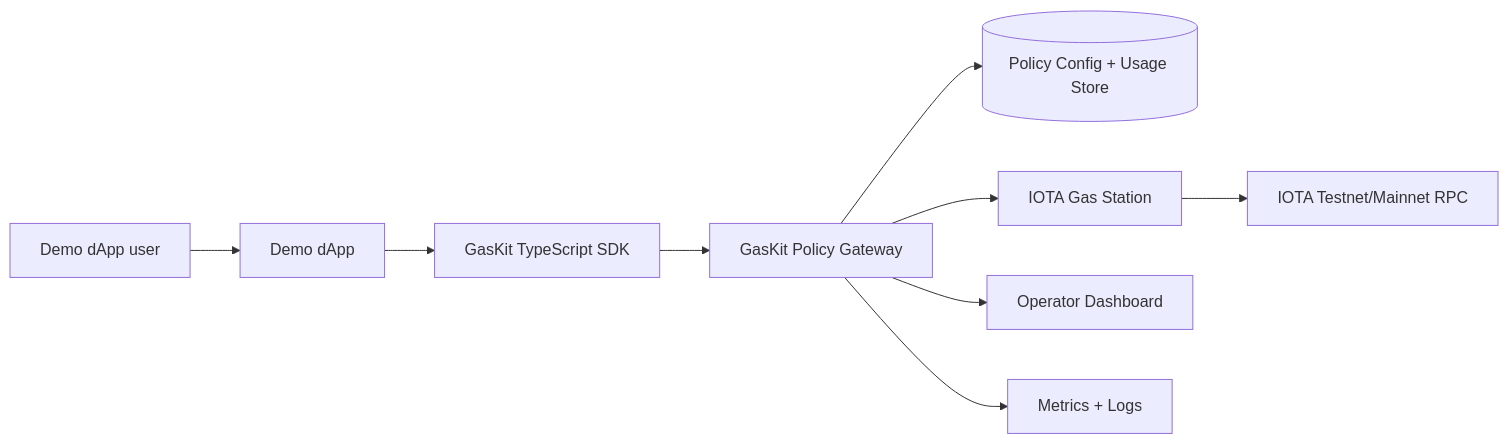
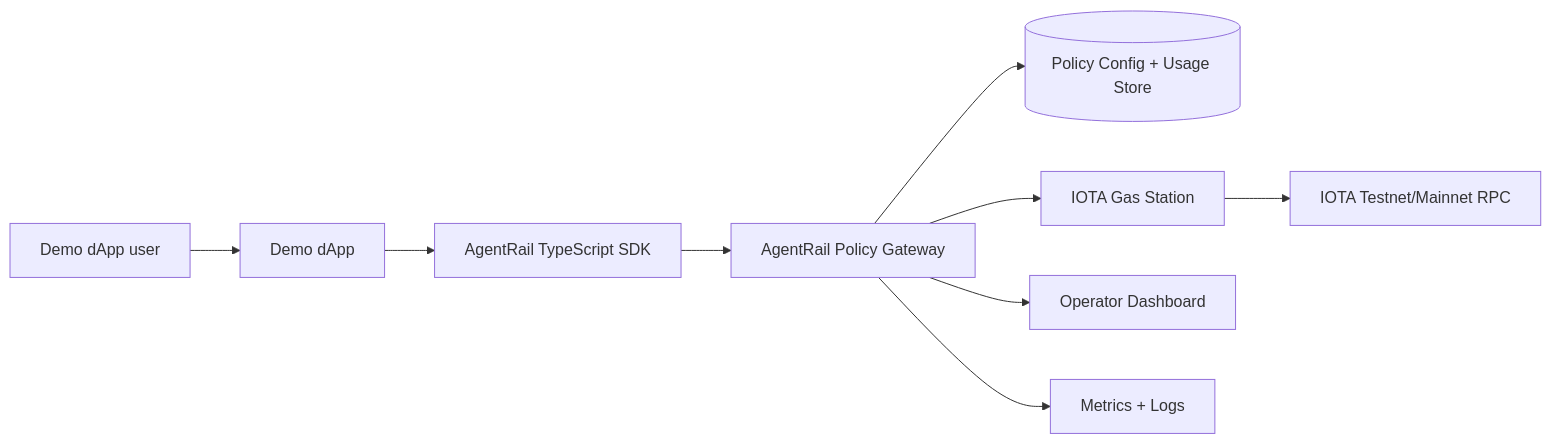
The diagram in README.md (0xCozart/vallum), drawn with Mermaid before and after one commit. The commit also changed other lines of this file and 279 other files, not shown here.

Commit message:
Rename project to AgentRail

````diff
--- a/README.md
+++ b/README.md
@@ -299,11 +300,11 @@
 ```mermaid
 flowchart LR
   User[Demo dApp user] --> Demo[Demo dApp]
-  Demo --> SDK[GasKit TypeScript SDK]
-  SDK --> Gateway[GasKit Policy Gateway]
+  Demo --> SDK[AgentRail TypeScript SDK]
+  SDK --> Gateway[AgentRail Policy Gateway]
   Gateway --> Policy[(Policy Config + Usage Store)]
   Gateway --> GasStation[IOTA Gas Station]
   GasStation --> IOTA[IOTA Testnet/Mainnet RPC]
   Gateway --> Dashboard[Operator Dashboard]
   Gateway --> Metrics[Metrics + Logs]
 ```
````
